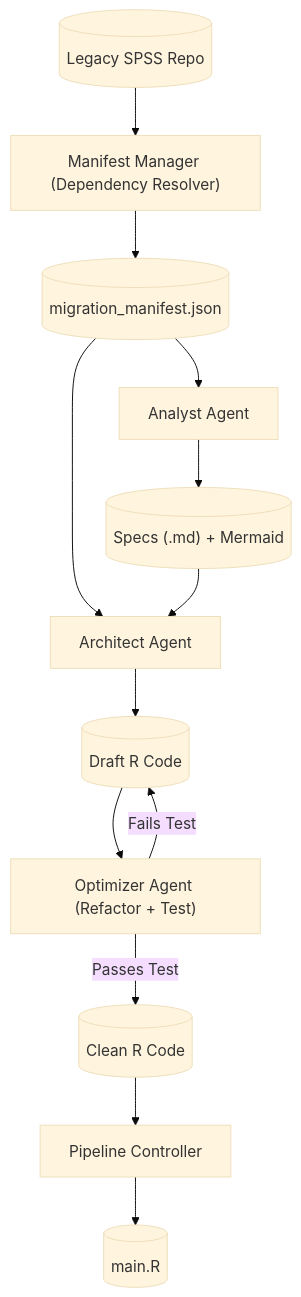
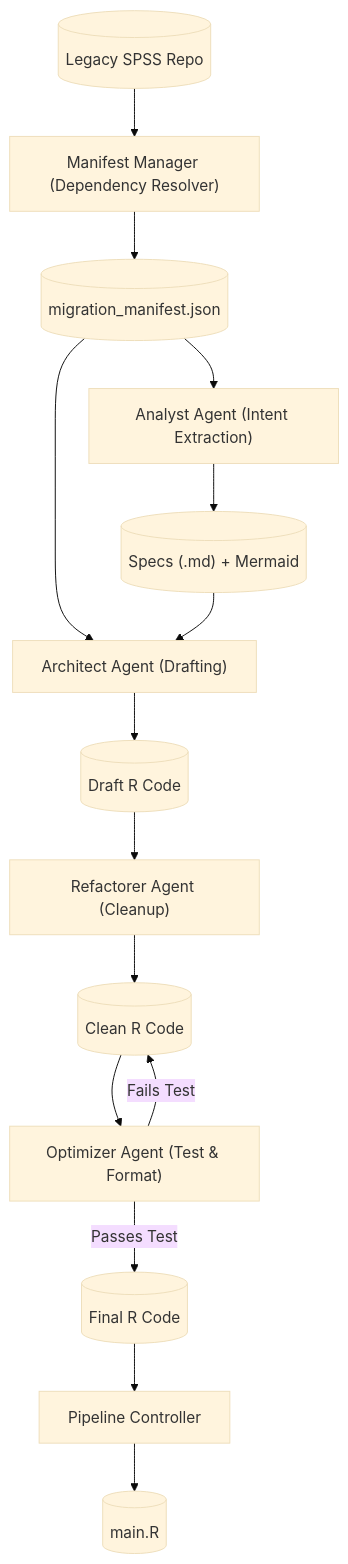
One commit to MagicSpik3/migration changed the diagram in README.md. Above: the diagram before and after it, drawn with Mermaid (base theme). The commit also changed other lines of this file and 1 other file, not shown here.

Commit message:
Added linting to R code!

````diff
--- a/README.md
+++ b/README.md
@@ -23,20 +19,23 @@
 ```mermaid
 graph TD
     Legacy[("Legacy SPSS Repo")] --> Scanner["Manifest Manager (Dependency Resolver)"]
     Scanner --> Manifest[("migration_manifest.json")]
     
-    Manifest --> Analyst["Analyst Agent"]
+    Manifest --> Analyst["Analyst Agent (Intent Extraction)"]
     Analyst --> Specs[("Specs (.md) + Mermaid")]
     
-    Manifest --> Architect["Architect Agent"]
+    Manifest --> Architect["Architect Agent (Drafting)"]
     Specs --> Architect
     Architect --> DraftCode[("Draft R Code")]
     
-    DraftCode --> Optimizer["Optimizer Agent (Refactor + Test)"]
-    Optimizer -- "Passes Test" --> FinalCode[("Clean R Code")]
-    Optimizer -- "Fails Test" --> DraftCode
+    DraftCode --> Refactor["Refactorer Agent (Cleanup)"]
+    Refactor --> CleanCode[("Clean R Code")]
+    
+    CleanCode --> Optimizer["Optimizer Agent (Test & Format)"]
+    Optimizer -- "Fails Test" --> CleanCode
+    Optimizer -- "Passes Test" --> FinalCode[("Final R Code")]
     
     FinalCode --> Controller["Pipeline Controller"]
     Controller --> MainScript[("main.R")]
 
 ```
````
